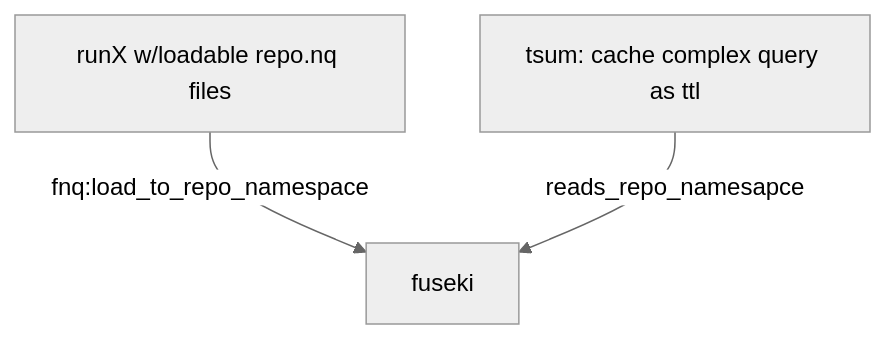
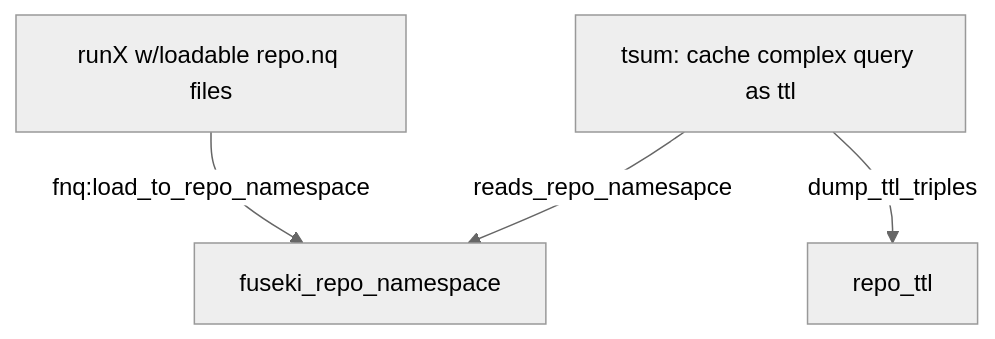
The diagram in summary.md (MBcode/ec), drawn with Mermaid (neutral theme) before and after one commit. The commit also changed other lines of this file, not shown here.

````diff
--- a/summary.md
+++ b/summary.md
@@ -2,6 +6,7 @@
 ```mermaid
 flowchart TD;
-runX[runX w/loadable repo.nq files] -- fnq:load_to_repo_namespace --> F[fuseki];
+runX[runX w/loadable repo.nq files] -- fnq:load_to_repo_namespace --> F[fuseki_repo_namespace];
 tsum[tsum: cache complex query as ttl] -- reads_repo_namesapce --> F;
+tsum -- dump_ttl_triples --> T[repo_ttl];
 
 ```
````
